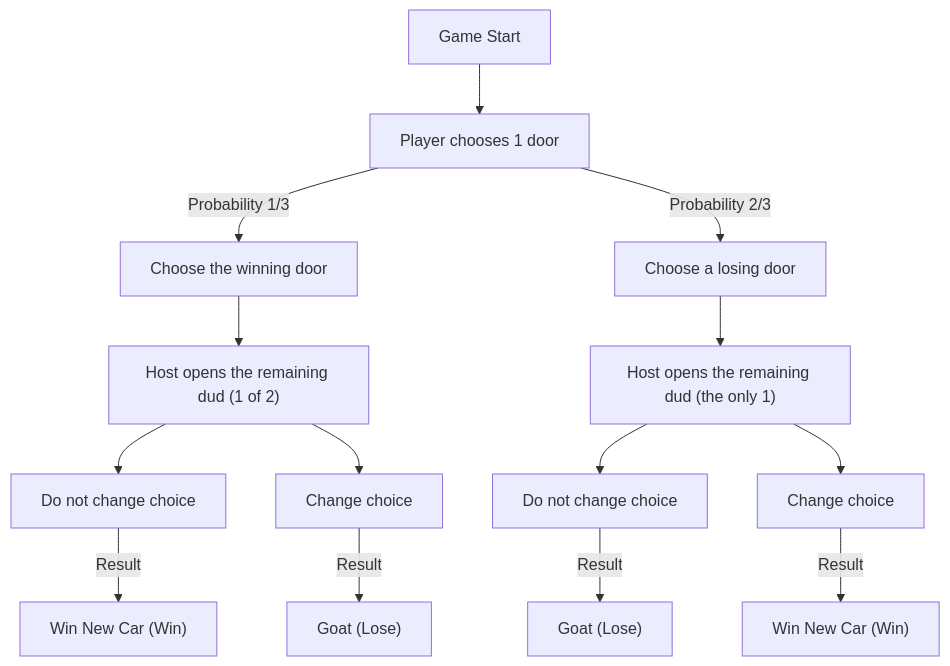
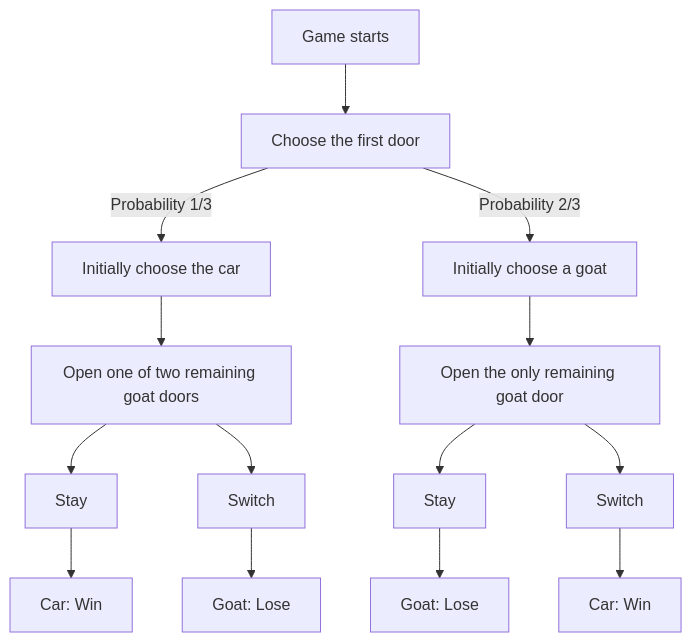
Before and after one commit to kenjinote/blog: the first of 2 diagrams in content/post/paradox-monty-hall-problem/index.en.md, drawn with Mermaid. The commit also changed other lines of this file and 10 other files, not shown here.

````diff
--- a/content/post/paradox-monty-hall-problem/index.en.md
+++ b/content/post/paradox-monty-hall-problem/index.en.md
@@ -97,21 +53,16 @@
 ```mermaid
 flowchart TD
-    Start["Game Start"] --> Choose["Player chooses 1 door"]
-    Choose -- "Probability 1/3" --> ChooseCar["Choose the winning door"]
-    Choose -- "Probability 2/3" --> ChooseGoat["Choose a losing door"]
-    
-    ChooseCar --> MontyOpensGoat1["Host opens the remaining dud (1 of 2)"]
-    ChooseGoat --> MontyOpensGoat2["Host opens the remaining dud (the only 1)"]
-    
-    MontyOpensGoat1 --> Stay1["Do not change choice"]
-    MontyOpensGoat1 --> Switch1["Change choice"]
-    
-    MontyOpensGoat2 --> Stay2["Do not change choice"]
-    MontyOpensGoat2 --> Switch2["Change choice"]
-    
-    Stay1 -- "Result" --> Win1["Win New Car (Win)"]
-    Switch1 -- "Result" --> Lose1["Goat (Lose)"]
-    
-    Stay2 -- "Result" --> Lose2["Goat (Lose)"]
-    Switch2 -- "Result" --> Win2["Win New Car (Win)"]
+    Start["Game starts"] --> Choose["Choose the first door"]
+    Choose -- "Probability 1/3" --> ChooseCar["Initially choose the car"]
+    Choose -- "Probability 2/3" --> ChooseGoat["Initially choose a goat"]
+    ChooseCar --> MontyOpensGoat1["Open one of two remaining goat doors"]
+    ChooseGoat --> MontyOpensGoat2["Open the only remaining goat door"]
+    MontyOpensGoat1 --> Stay1["Stay"]
+    MontyOpensGoat1 --> Switch1["Switch"]
+    MontyOpensGoat2 --> Stay2["Stay"]
+    MontyOpensGoat2 --> Switch2["Switch"]
+    Stay1 --> Win1["Car: Win"]
+    Switch1 --> Lose1["Goat: Lose"]
+    Stay2 --> Lose2["Goat: Lose"]
+    Switch2 --> Win2["Car: Win"]
 ```
````
